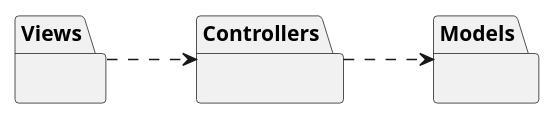
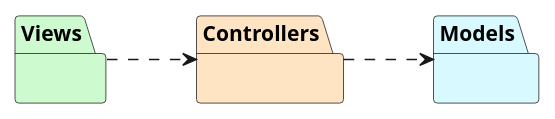
The diagram in logicalView/analisysView/architectureAnalisys/analysisPackageDiagram.plantuml (mpaulaherrero/tesis-frameworks-backend-diagrams), drawn with PlantUML before and after one commit.

Commit message:
colores por tipo MVC

```diff
--- a/logicalView/analisysView/architectureAnalisys/analysisPackageDiagram.plantuml
+++ b/logicalView/analisysView/architectureAnalisys/analysisPackageDiagram.plantuml
@@ -1,12 +1,12 @@
 @startuml
 skinparam style strictuml
 left to right direction
 
-package Views {}
-package Controllers{}
-package Models{}
+package Views #cefad0{}
+package Controllers #bisque{}
+package Models #d8f9ff{}
 
 Views ..> Controllers
 Controllers ..> Models
 
 @enduml
```
